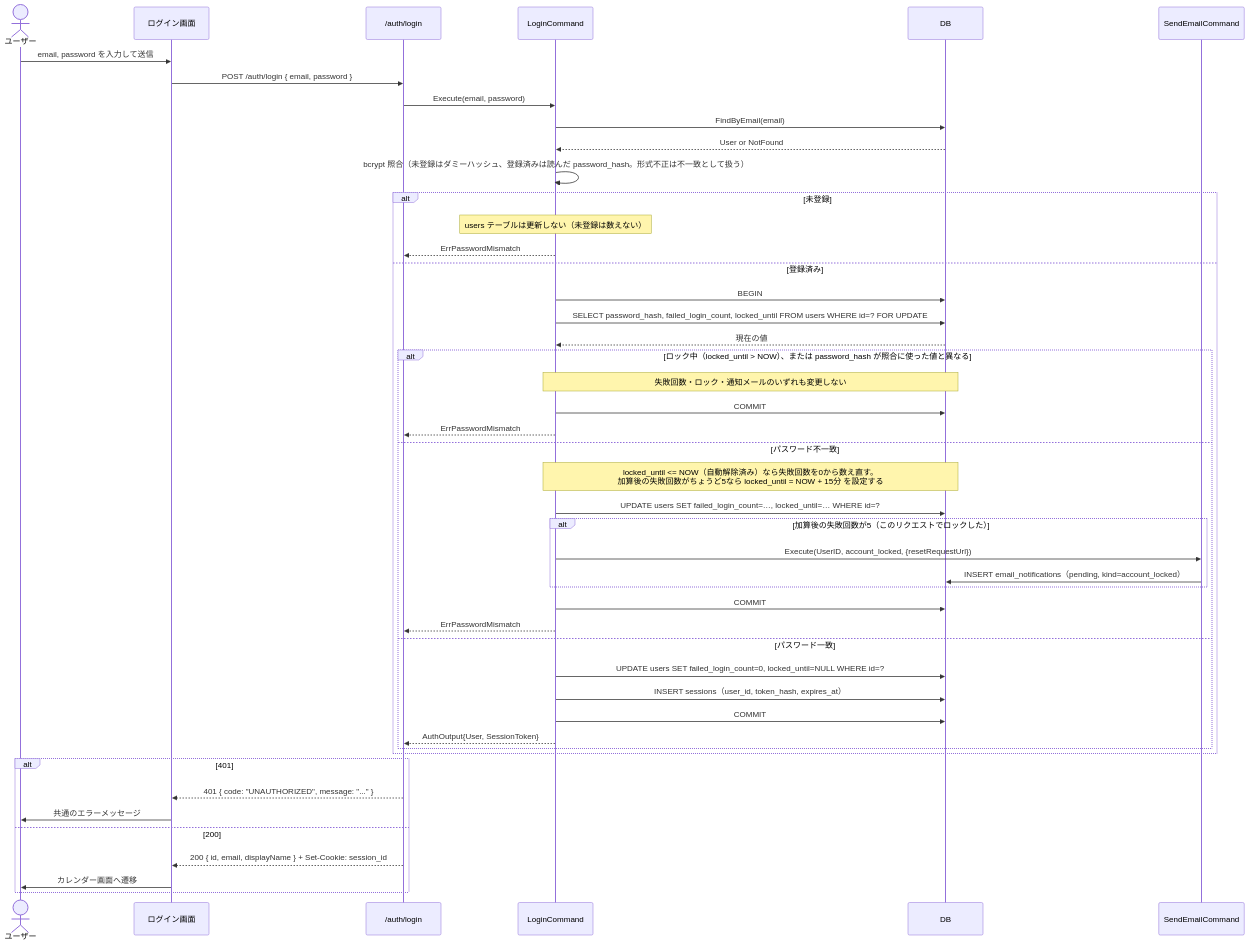
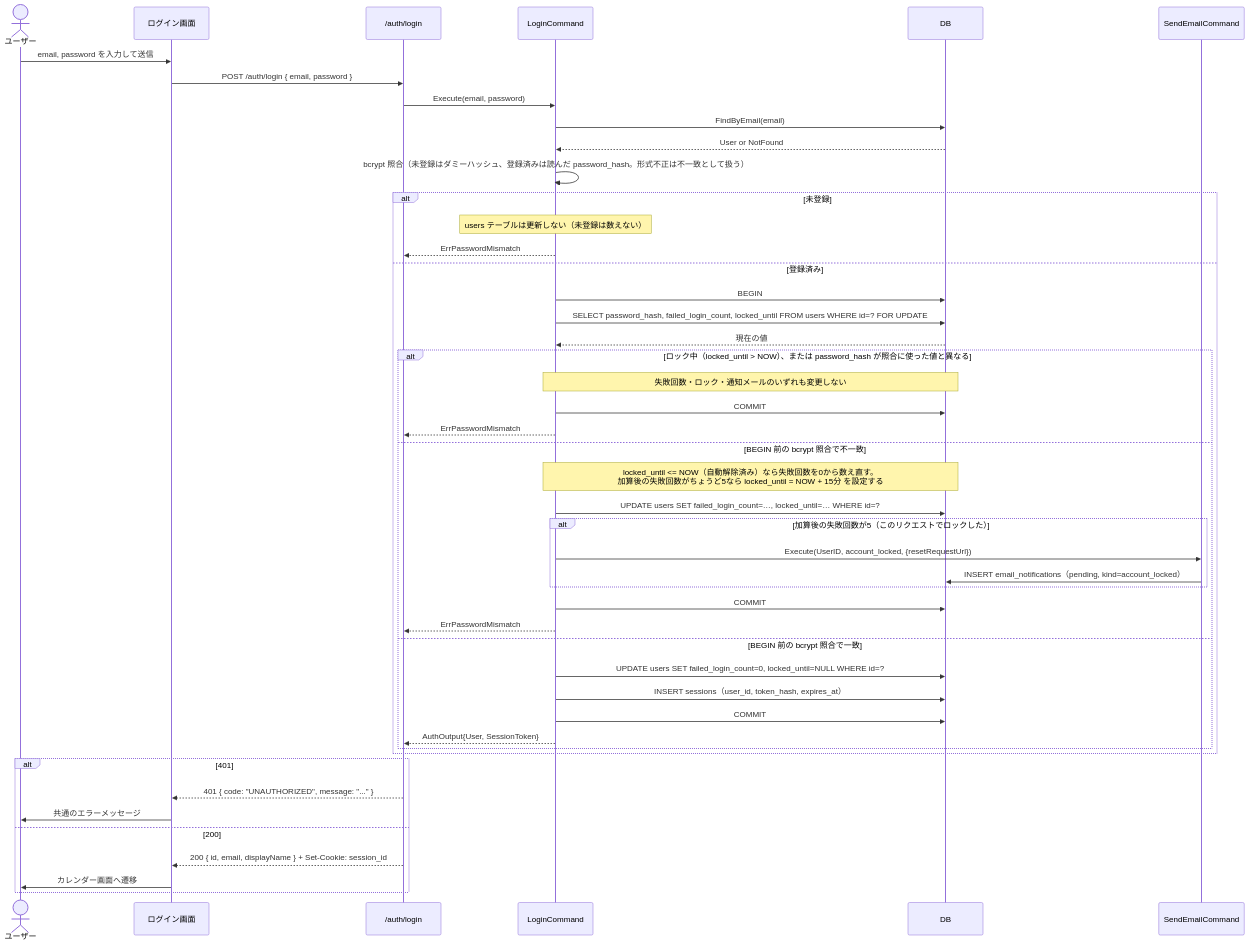
The first of 3 diagrams in docs/spec/SPEC-011-account-lock-password-reset.md (Haya372/ai-trial), drawn with Mermaid before and after one commit.

Commit message:
docs: Name the bcrypt result that the login branches use

````diff
--- a/docs/spec/SPEC-011-account-lock-password-reset.md
+++ b/docs/spec/SPEC-011-account-lock-password-reset.md
@@ -230,50 +230,50 @@
 ```mermaid
 sequenceDiagram
     actor User as ユーザー
     participant UI as ログイン画面
     participant API as /auth/login
     participant UC as LoginCommand
     participant DB
     participant Send as SendEmailCommand
 
     User->>UI: email, password を入力して送信
     UI->>API: POST /auth/login { email, password }
     API->>UC: Execute(email, password)
     UC->>DB: FindByEmail(email)
     DB-->>UC: User or NotFound
     UC->>UC: bcrypt 照合（未登録はダミーハッシュ、登録済みは読んだ password_hash。形式不正は不一致として扱う）
     alt 未登録
         Note over UC: users テーブルは更新しない（未登録は数えない）
         UC-->>API: ErrPasswordMismatch
     else 登録済み
         UC->>DB: BEGIN
         UC->>DB: SELECT password_hash, failed_login_count, locked_until FROM users WHERE id=? FOR UPDATE
         DB-->>UC: 現在の値
         alt ロック中（locked_until > NOW）、または password_hash が照合に使った値と異なる
             Note over UC,DB: 失敗回数・ロック・通知メールのいずれも変更しない
             UC->>DB: COMMIT
             UC-->>API: ErrPasswordMismatch
-        else パスワード不一致
+        else BEGIN 前の bcrypt 照合で不一致
             Note over UC,DB: locked_until <= NOW（自動解除済み）なら失敗回数を0から数え直す。<br/>加算後の失敗回数がちょうど5なら locked_until = NOW + 15分 を設定する
             UC->>DB: UPDATE users SET failed_login_count=…, locked_until=… WHERE id=?
             alt 加算後の失敗回数が5（このリクエストでロックした）
                 UC->>Send: Execute(UserID, account_locked, {resetRequestUrl})
                 Send->>DB: INSERT email_notifications（pending, kind=account_locked）
             end
             UC->>DB: COMMIT
             UC-->>API: ErrPasswordMismatch
-        else パスワード一致
+        else BEGIN 前の bcrypt 照合で一致
             UC->>DB: UPDATE users SET failed_login_count=0, locked_until=NULL WHERE id=?
             UC->>DB: INSERT sessions（user_id, token_hash, expires_at）
             UC->>DB: COMMIT
             UC-->>API: AuthOutput{User, SessionToken}
         end
     end
     alt 401
         API-->>UI: 401 { code: "UNAUTHORIZED", message: "..." }
         UI->>User: 共通のエラーメッセージ
     else 200
         API-->>UI: 200 { id, email, displayName } + Set-Cookie: session_id
         UI->>User: カレンダー画面へ遷移
     end
 ```
````
